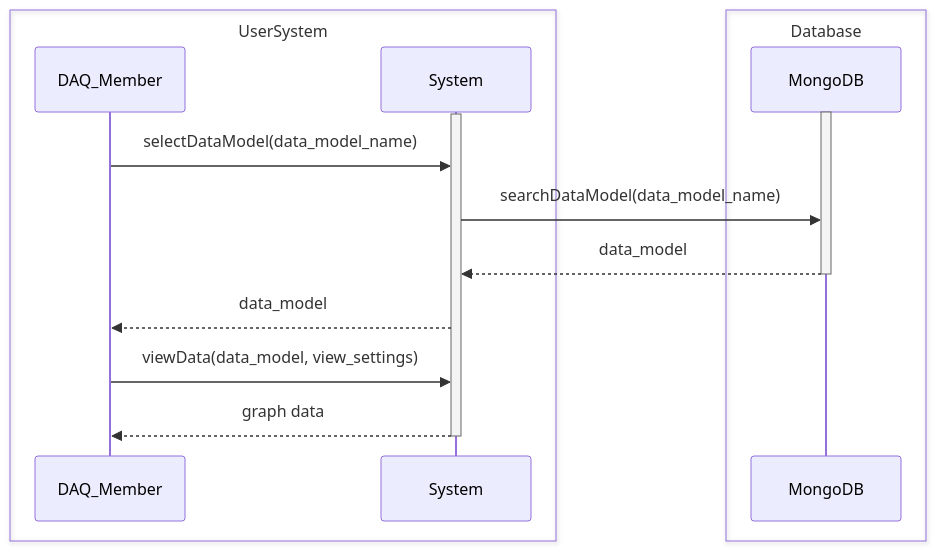
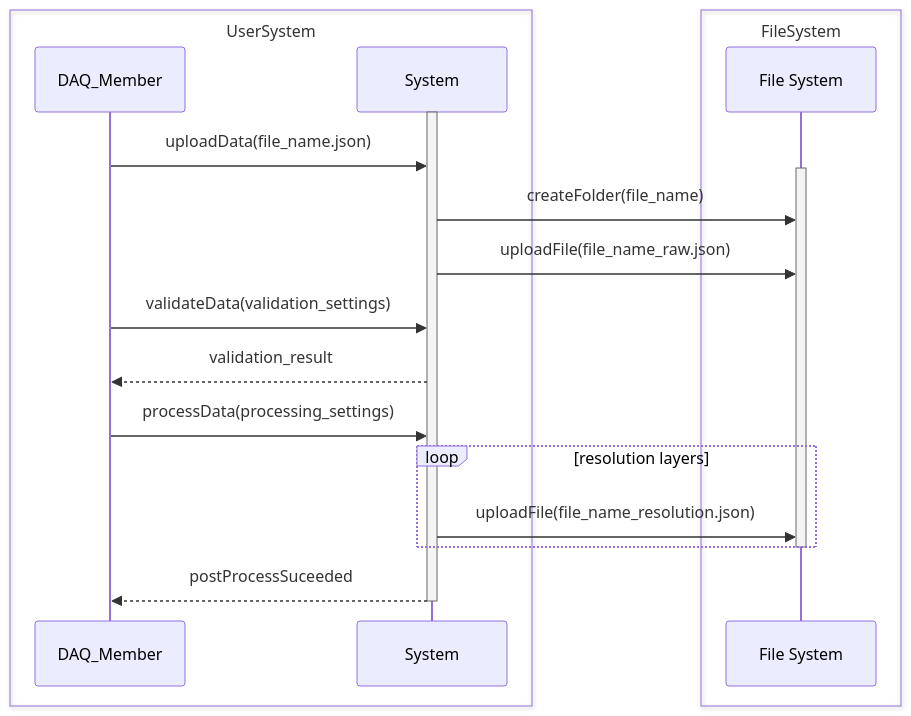
Before and after one commit to Georgia-Tech-Off-Road/DAQAnalyticsWebsiteMK2: the diagram in Design Documents/design/sequences/upload_data.md, drawn with Mermaid. The commit also changed 5 other files, not shown here.

````diff
--- a/Design Documents/design/sequences/upload_data.md
+++ b/Design Documents/design/sequences/upload_data.md
@@ -2,22 +2,26 @@
 ```mermaid
 sequenceDiagram
     box UserSystem
         participant U as DAQ_Member
         participant S as System
     end
 
-    box Database
-        participant FS as MongoDB
+    box FileSystem
+        participant FS as File System
     end
 
-    activate FS
-    activate S
-    U->>S: selectDataModel(data_model_name)
-    S->>FS: searchDataModel(data_model_name)
-    FS-->>S: data_model
-    deactivate FS
-    S-->>U: data_model
-    U->>S: viewData(data_model, view_settings)
-    S-->>U: graph data
-    deactivate S
+activate S
+U->>S: uploadData(file_name.json)
+activate FS
+S->>FS: createFolder(file_name)
+S->>FS: uploadFile(file_name_raw.json)
+U->>S: validateData(validation_settings)
+S-->>U: validation_result
+U->>S: processData(processing_settings)
+loop resolution layers
+    S->>FS: uploadFile(file_name_resolution.json)
+end
+deactivate FS
+S-->>U: postProcessSuceeded
+deactivate S
 ```
````
